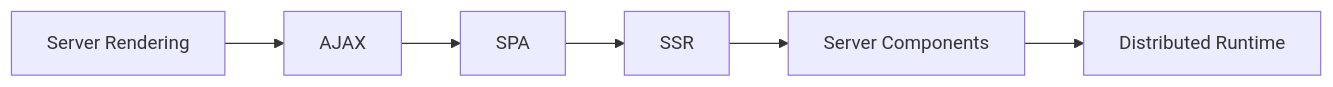
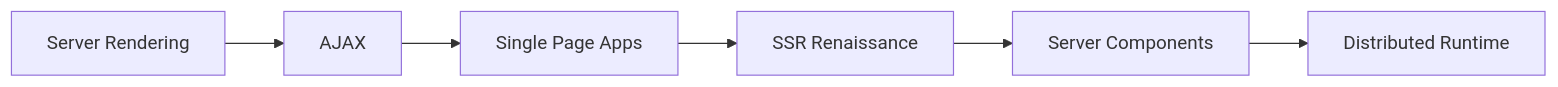
One commit to seanwhs/Tutorials changed the third of 3 diagrams in NextJS/Next-JS-Tutorial/NextJS-16-for-Absolute-Beginners/Appendices/AppendixD-Evolution-of-Web-Application-Architecture.md. Above: the diagram before and after it, drawn with Mermaid. The commit also changed other lines of this file, not shown here.

````diff
--- a/NextJS/Next-JS-Tutorial/NextJS-16-for-Absolute-Beginners/Appendices/AppendixD-Evolution-of-Web-Application-Architecture.md
+++ b/NextJS/Next-JS-Tutorial/NextJS-16-for-Absolute-Beginners/Appendices/AppendixD-Evolution-of-Web-Application-Architecture.md
@@ -496,21 +521,21 @@
 ```mermaid
 graph LR
 
     A[Server Rendering]
 
     B[AJAX]
 
-    C[SPA]
+    C[Single Page Apps]
 
-    D[SSR]
+    D[SSR Renaissance]
 
     E[Server Components]
 
     F[Distributed Runtime]
 
     A --> B
     B --> C
     C --> D
     D --> E
     E --> F
 ```
````
